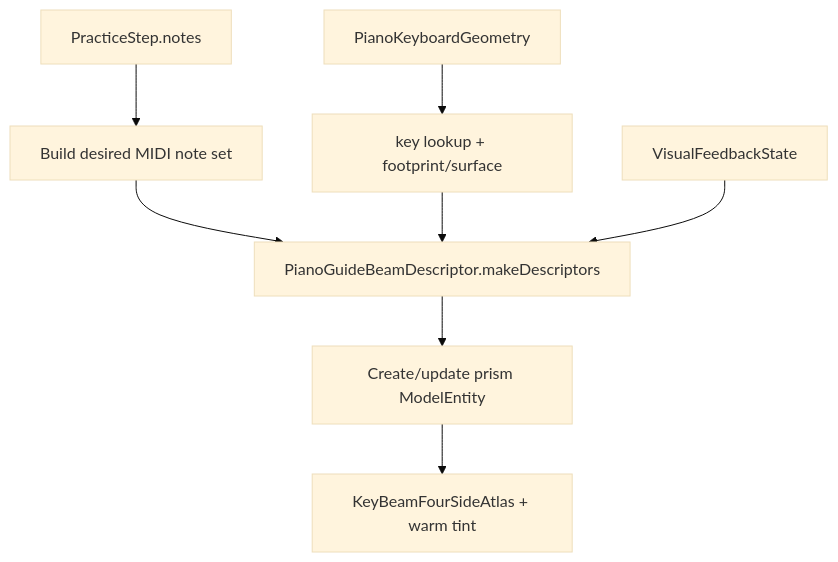
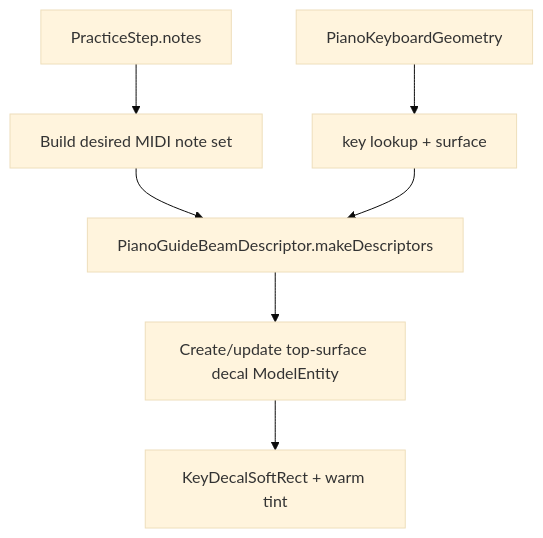
Before and after one commit to chiimagnus/HappyPianist: the third of 3 diagrams in .github/deepwiki/data-flow.md, drawn with Mermaid (base theme). The commit also changed other lines of this file and 11 other files, not shown here.

````diff
--- a/.github/deepwiki/data-flow.md
+++ b/.github/deepwiki/data-flow.md
@@ -83,10 +83,9 @@
 ```mermaid
 flowchart TD
   A[PracticeStep.notes] --> B[Build desired MIDI note set]
-  C[PianoKeyboardGeometry] --> D[key lookup + footprint/surface]
+  C[PianoKeyboardGeometry] --> D[key lookup + surface]
   B --> E[PianoGuideBeamDescriptor.makeDescriptors]
   D --> E
-  F[VisualFeedbackState] --> E
-  E --> G[Create/update prism ModelEntity]
-  G --> H[KeyBeamFourSideAtlas + warm tint]
+  E --> G[Create/update top-surface decal ModelEntity]
+  G --> H[KeyDecalSoftRect + warm tint]
 ```
````
